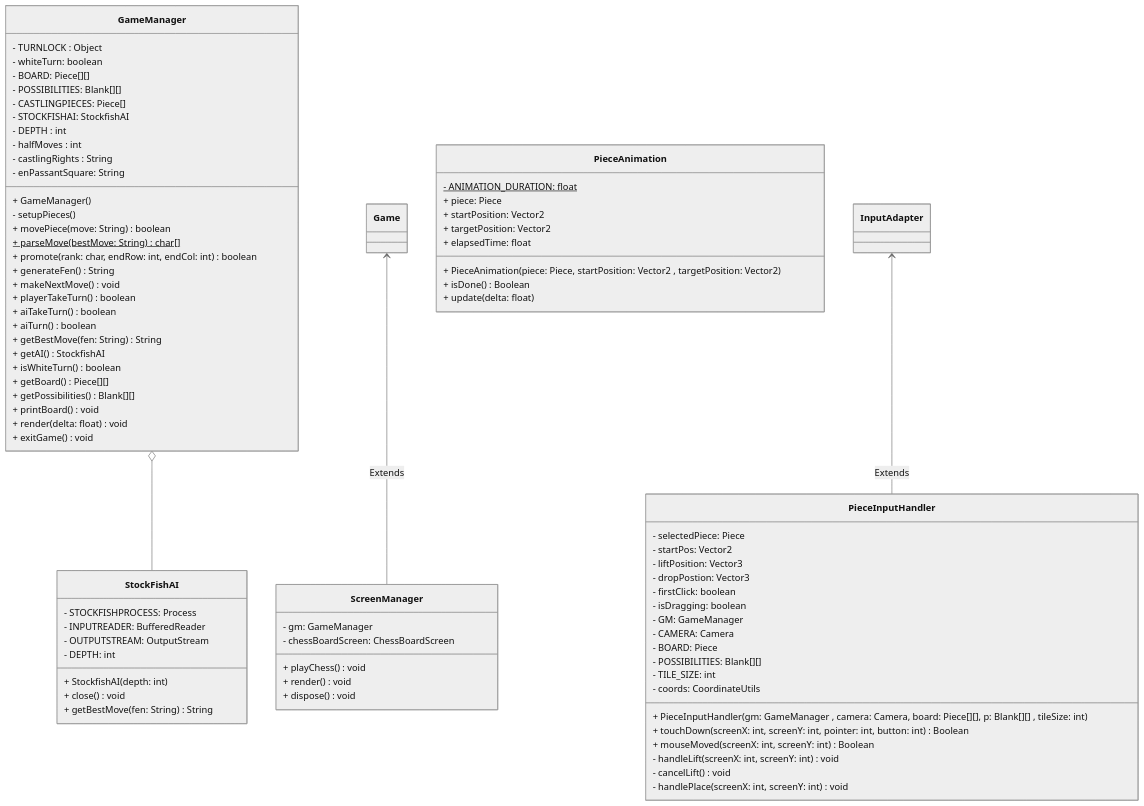
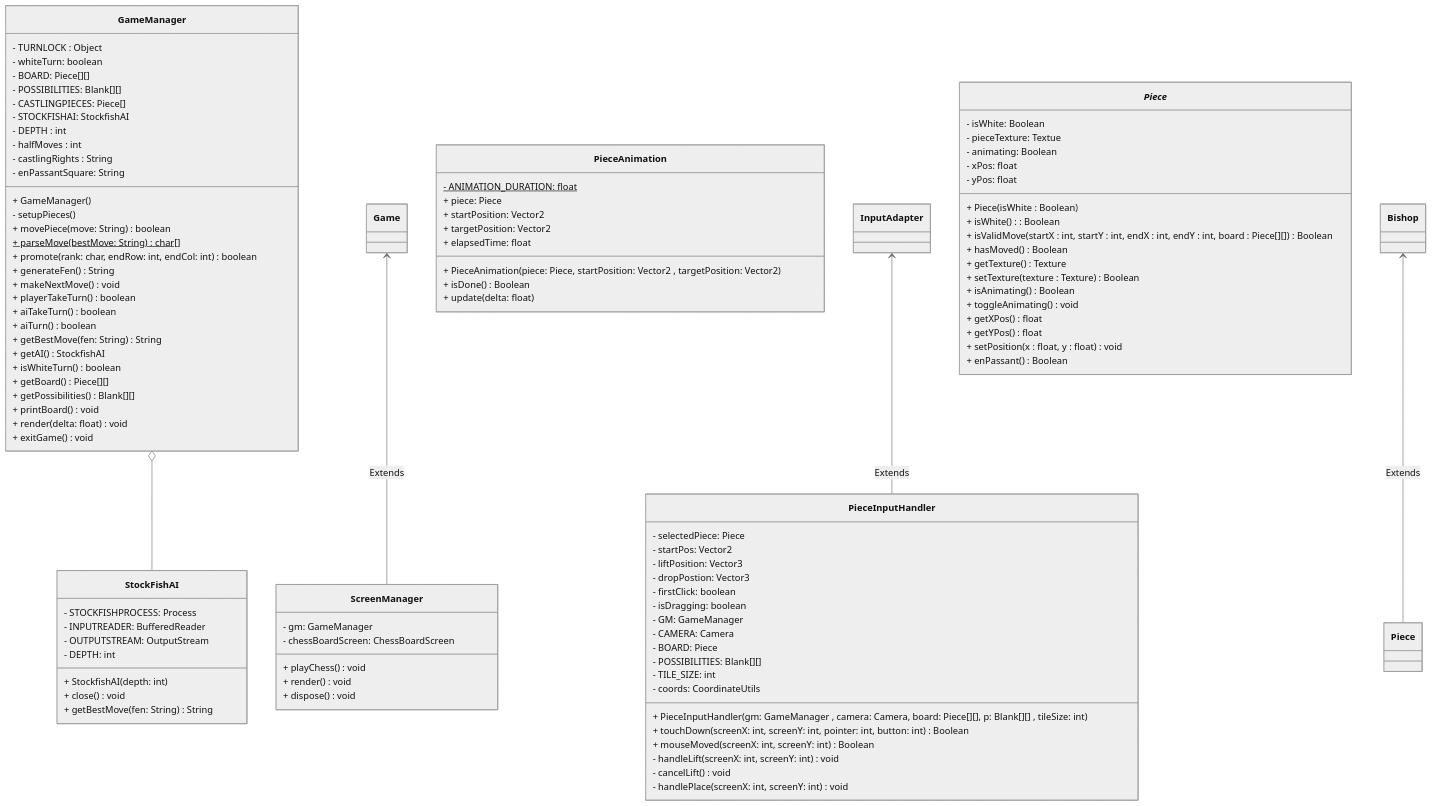
The diagram in ClassDiagram.md (cis3296f24/gameroomgdx), drawn with Mermaid (neutral theme) before and after one commit.

Commit message:
Piece.java

````diff
--- a/ClassDiagram.md
+++ b/ClassDiagram.md
@@ -101,4 +101,27 @@
     }
     
     InputAdapter <-- PieceInputHandler: Extends
+    class _Piece_{
+        - isWhite: Boolean
+        - pieceTexture: Textue
+        - animating: Boolean
+        - xPos: float
+        - yPos: float
+        
+        + Piece(isWhite : Boolean)
+        + isWhite() : Boolean
+        + isValidMove(startX : int, startY : int, endX : int, endY : int, board : Piece[][]) Boolean
+        + hasMoved() Boolean
+        + getTexture() Texture
+        + setTexture(texture : Texture) Boolean
+        + isAnimating() Boolean
+        + toggleAnimating() void
+        + getXPos() float
+        + getYPos() float
+        + setPosition(x : float, y : float) void
+        + enPassant() Boolean
+    
+    }
+    Bishop <-- Piece: Extends
+
 ```
````
